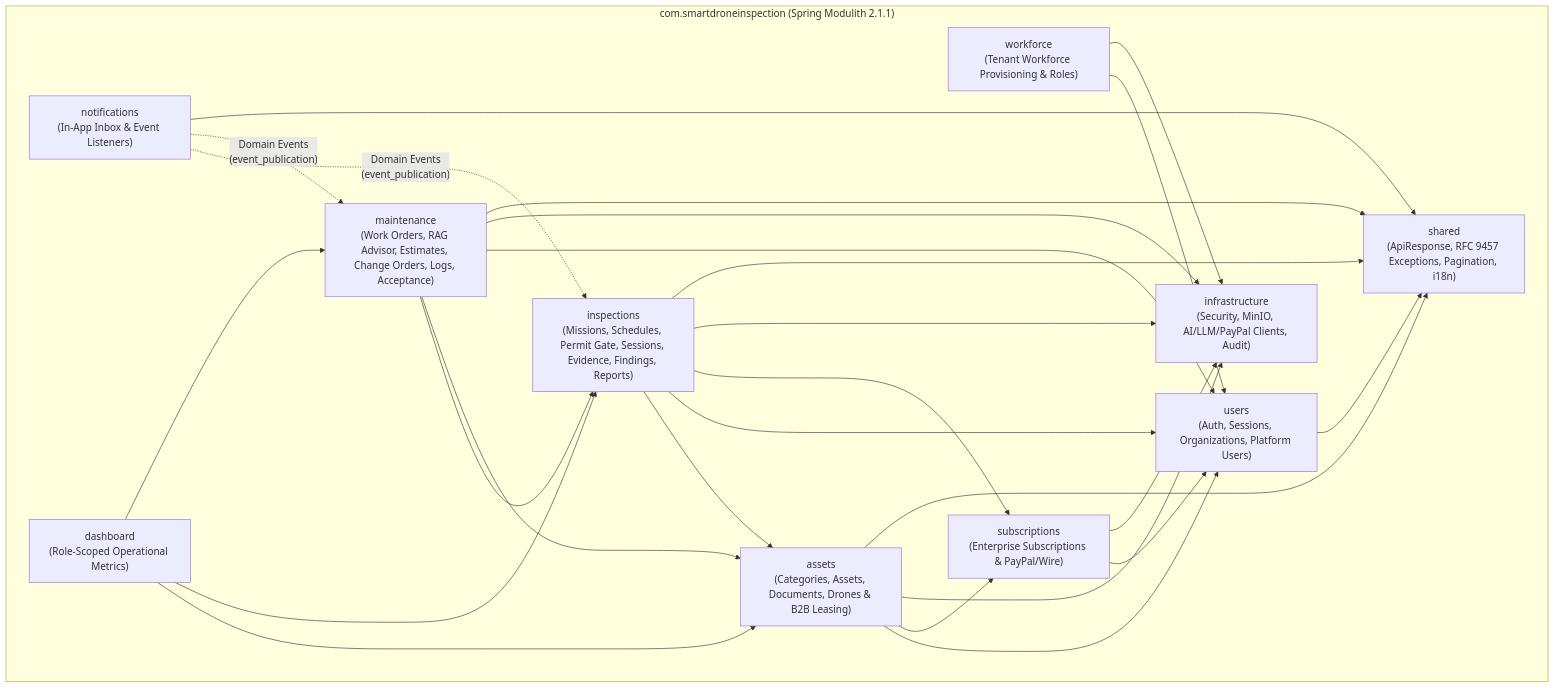
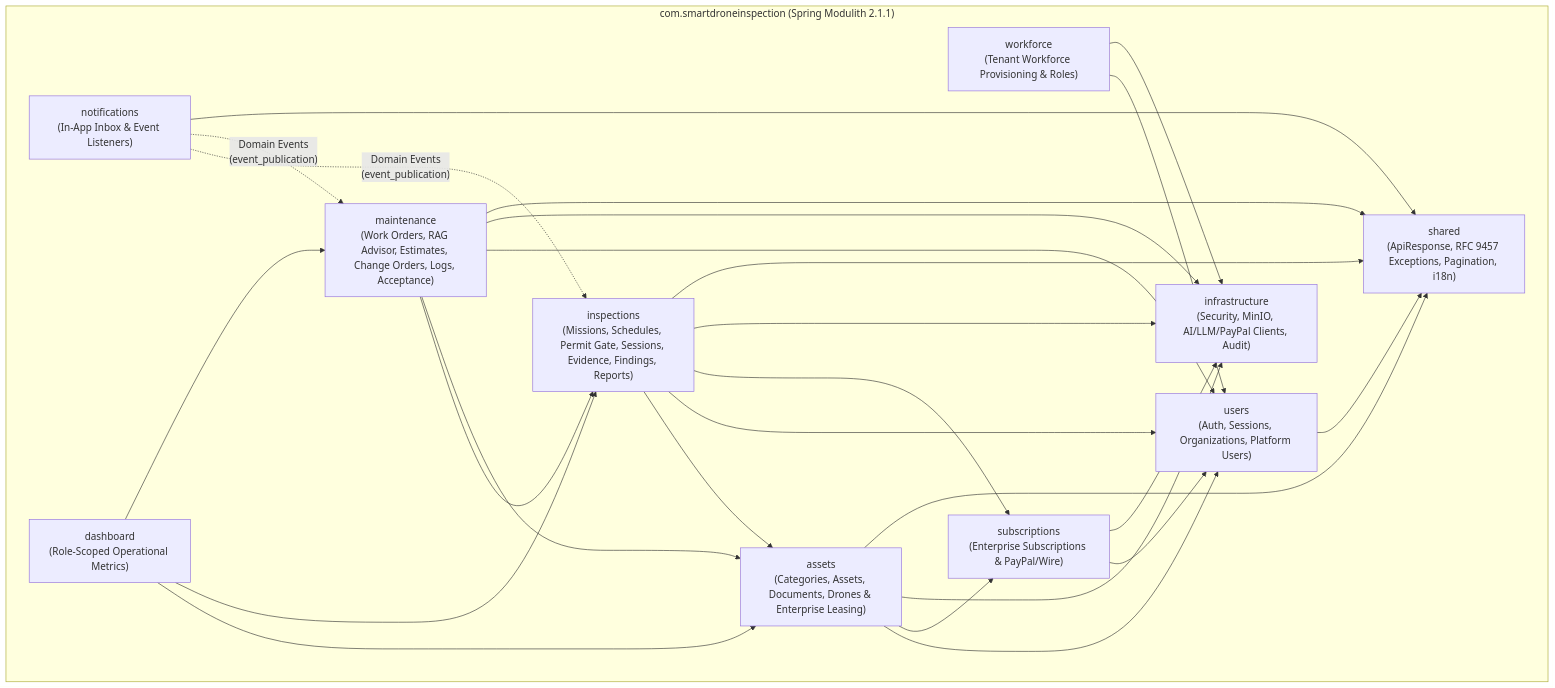
Before and after one commit to tungbach12/SmartDroneInspection-Docs: the second of 2 diagrams in reports/report-4-software-design-document/01-system-design.md, drawn with Mermaid. The commit also changed other lines of this file and 41 other files, not shown here.

````diff
--- a/reports/report-4-software-design-document/01-system-design.md
+++ b/reports/report-4-software-design-document/01-system-design.md
@@ -89,42 +89,42 @@
 ```mermaid
 %% title: Backend Subsystem Package Diagram
 flowchart TD
   subgraph com.smartdroneinspection["com.smartdroneinspection (Spring Modulith 2.1.1)"]
     USERS["users\n(Auth, Sessions, Organizations, Platform Users)"]
     WORKFORCE["workforce\n(Tenant Workforce Provisioning & Roles)"]
     SUBSCRIPTIONS["subscriptions\n(Enterprise Subscriptions & PayPal/Wire)"]
-    ASSETS["assets\n(Categories, Assets, Documents, Drones & B2B Leasing)"]
+    ASSETS["assets\n(Categories, Assets, Documents, Drones & Enterprise Leasing)"]
     INSPECTIONS["inspections\n(Missions, Schedules, Permit Gate, Sessions, Evidence, Findings, Reports)"]
     MAINTENANCE["maintenance\n(Work Orders, RAG Advisor, Estimates, Change Orders, Logs, Acceptance)"]
     NOTIFICATIONS["notifications\n(In-App Inbox & Event Listeners)"]
     DASHBOARD["dashboard\n(Role-Scoped Operational Metrics)"]
     INFRASTRUCTURE["infrastructure\n(Security, MinIO, AI/LLM/PayPal Clients, Audit)"]
     SHARED["shared\n(ApiResponse, RFC 9457 Exceptions, Pagination, i18n)"]
   end
 
   WORKFORCE --> USERS
   WORKFORCE --> INFRASTRUCTURE
   SUBSCRIPTIONS --> USERS
   SUBSCRIPTIONS --> INFRASTRUCTURE
   ASSETS --> USERS
   ASSETS --> SUBSCRIPTIONS
   ASSETS --> INFRASTRUCTURE
   INSPECTIONS --> ASSETS
   INSPECTIONS --> USERS
   INSPECTIONS --> SUBSCRIPTIONS
   INSPECTIONS --> INFRASTRUCTURE
   MAINTENANCE --> INSPECTIONS
   MAINTENANCE --> ASSETS
   MAINTENANCE --> USERS
   MAINTENANCE --> INFRASTRUCTURE
   NOTIFICATIONS -.->|"Domain Events\n(event_publication)"| INSPECTIONS
   NOTIFICATIONS -.->|"Domain Events\n(event_publication)"| MAINTENANCE
   DASHBOARD --> ASSETS
   DASHBOARD --> INSPECTIONS
   DASHBOARD --> MAINTENANCE
   USERS --> SHARED
   ASSETS --> SHARED
   INSPECTIONS --> SHARED
   MAINTENANCE --> SHARED
   NOTIFICATIONS --> SHARED
 ```
````
